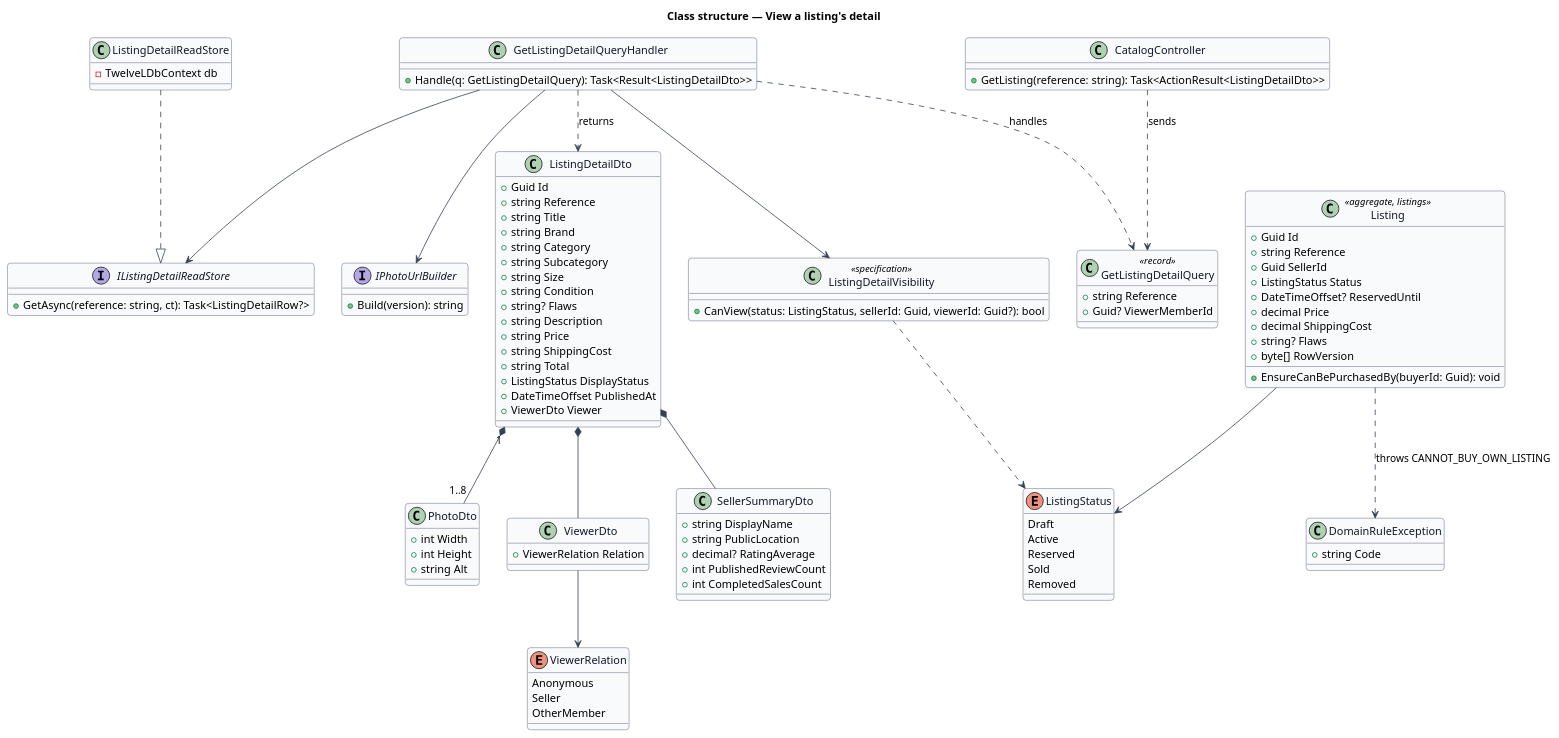
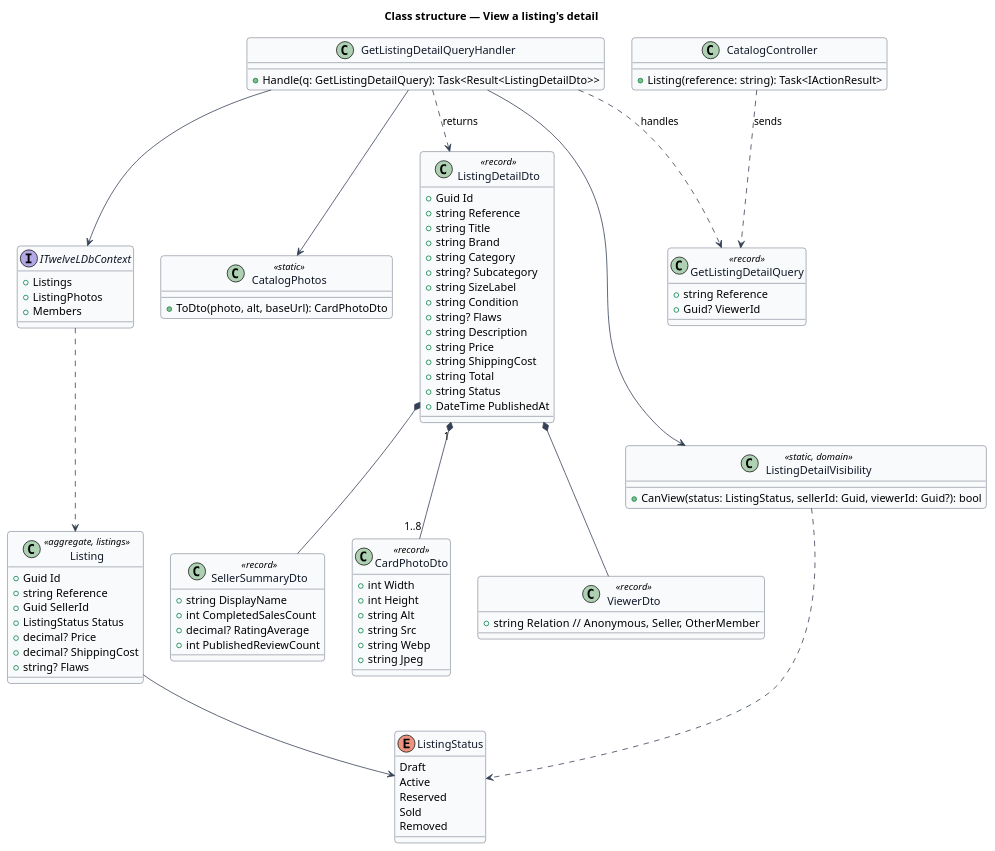
One commit to QuinntyneBrown/12l changed the diagram in docs/detailed-designs/catalog/view-listing-detail/diagrams/class-structure.puml. Above: the diagram before and after it, drawn with PlantUML. The commit also changed 57 other files, not shown here.

First line of the commit message:
Document view-listing-detail: design, ADR, design system, composition, L2, estimates

```diff
--- a/docs/detailed-designs/catalog/view-listing-detail/diagrams/class-structure.puml
+++ b/docs/detailed-designs/catalog/view-listing-detail/diagrams/class-structure.puml
@@ -1,125 +1,109 @@
 @startuml
 skinparam backgroundColor #FFFFFF
 skinparam shadowing false
 skinparam roundcorner 8
 skinparam defaultFontName Arial
 skinparam ArrowColor #344054
 skinparam class {
   BorderColor #344054
   FontColor #101828
   BackgroundColor #F9FAFB
 }
 title Class structure — View a listing's detail
-
-enum ViewerRelation {
-  Anonymous
-  Seller
-  OtherMember
-}
 
 enum ListingStatus {
   Draft
   Active
   Reserved
   Sold
   Removed
 }
 
 class Listing <<aggregate, listings>> {
   +Guid Id
   +string Reference
   +Guid SellerId
   +ListingStatus Status
-  +DateTimeOffset? ReservedUntil
-  +decimal Price
-  +decimal ShippingCost
+  +decimal? Price
+  +decimal? ShippingCost
   +string? Flaws
-  +byte[] RowVersion
-  +EnsureCanBePurchasedBy(buyerId: Guid): void
 }
 
-class ListingDetailVisibility <<specification>> {
+class ListingDetailVisibility <<static, domain>> {
   +CanView(status: ListingStatus, sellerId: Guid, viewerId: Guid?): bool
 }
 
 class GetListingDetailQuery <<record>> {
   +string Reference
-  +Guid? ViewerMemberId
+  +Guid? ViewerId
 }
 
 class GetListingDetailQueryHandler {
   +Handle(q: GetListingDetailQuery): Task<Result<ListingDetailDto>>
 }
 
-interface IListingDetailReadStore {
-  +GetAsync(reference: string, ct): Task<ListingDetailRow?>
+interface ITwelveLDbContext {
+  +Listings
+  +ListingPhotos
+  +Members
 }
 
-class ListingDetailReadStore {
-  -TwelveLDbContext db
+class CatalogPhotos <<static>> {
+  +ToDto(photo, alt, baseUrl): CardPhotoDto
 }
 
-interface IPhotoUrlBuilder {
-  +Build(version): string
-}
-
-class ListingDetailDto {
+class ListingDetailDto <<record>> {
   +Guid Id
   +string Reference
   +string Title
   +string Brand
   +string Category
-  +string Subcategory
-  +string Size
+  +string? Subcategory
+  +string SizeLabel
   +string Condition
   +string? Flaws
   +string Description
   +string Price
   +string ShippingCost
   +string Total
-  +ListingStatus DisplayStatus
-  +DateTimeOffset PublishedAt
-  +ViewerDto Viewer
+  +string Status
+  +DateTime PublishedAt
 }
 
-class ViewerDto {
-  +ViewerRelation Relation
+class ViewerDto <<record>> {
+  +string Relation  // Anonymous, Seller, OtherMember
 }
 
-class SellerSummaryDto {
+class SellerSummaryDto <<record>> {
   +string DisplayName
-  +string PublicLocation
+  +int CompletedSalesCount
   +decimal? RatingAverage
   +int PublishedReviewCount
-  +int CompletedSalesCount
 }
 
-class PhotoDto {
+class CardPhotoDto <<record>> {
   +int Width
   +int Height
   +string Alt
-}
-
-class DomainRuleException {
-  +string Code
+  +string Src
+  +string Webp
+  +string Jpeg
 }
 
 class CatalogController {
-  +GetListing(reference: string): Task<ActionResult<ListingDetailDto>>
+  +Listing(reference: string): Task<IActionResult>
 }
 
 CatalogController ..> GetListingDetailQuery : sends
 GetListingDetailQueryHandler ..> GetListingDetailQuery : handles
-GetListingDetailQueryHandler --> IListingDetailReadStore
+GetListingDetailQueryHandler --> ITwelveLDbContext
 GetListingDetailQueryHandler --> ListingDetailVisibility
-GetListingDetailQueryHandler --> IPhotoUrlBuilder
-ListingDetailReadStore ..|> IListingDetailReadStore
+GetListingDetailQueryHandler --> CatalogPhotos
 GetListingDetailQueryHandler ..> ListingDetailDto : returns
-ListingDetailDto "1" *-- "1..8" PhotoDto
+ListingDetailDto "1" *-- "1..8" CardPhotoDto
 ListingDetailDto *-- SellerSummaryDto
 ListingDetailDto *-- ViewerDto
-ViewerDto --> ViewerRelation
+ITwelveLDbContext ..> Listing
 ListingDetailVisibility ..> ListingStatus
 Listing --> ListingStatus
-Listing ..> DomainRuleException : throws CANNOT_BUY_OWN_LISTING
 @enduml
```
